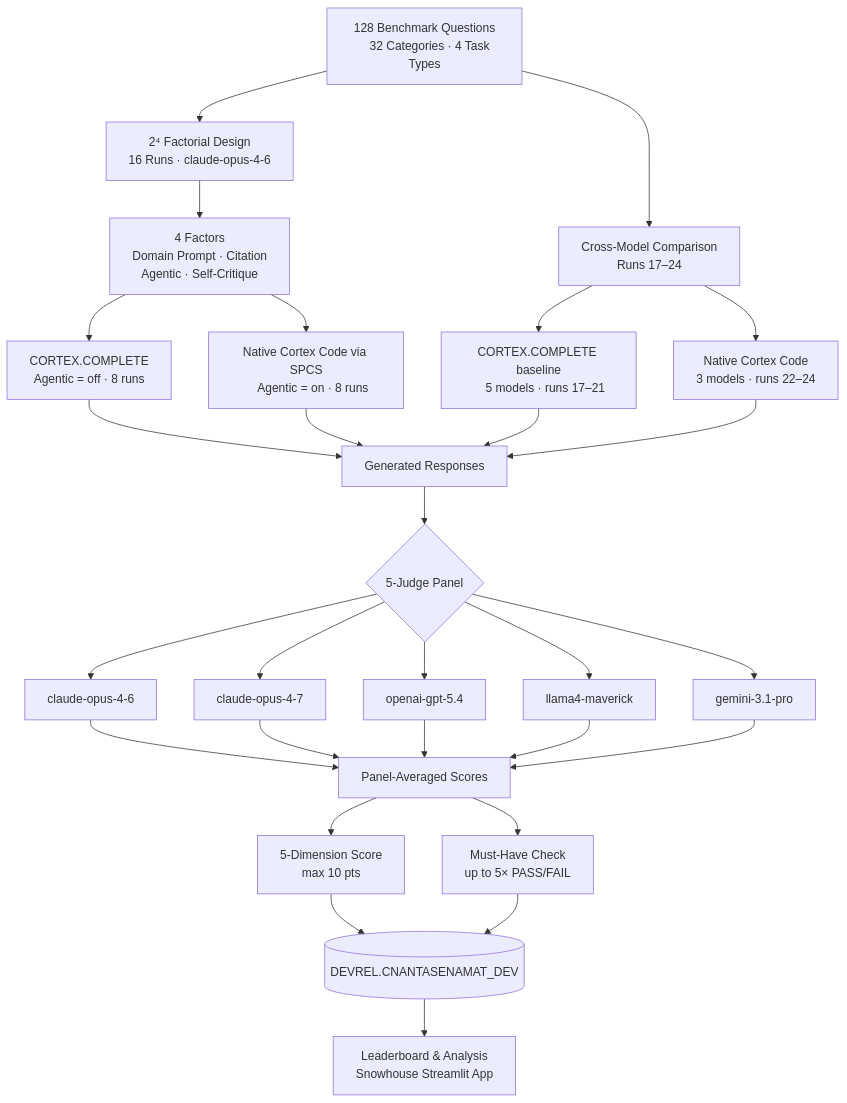
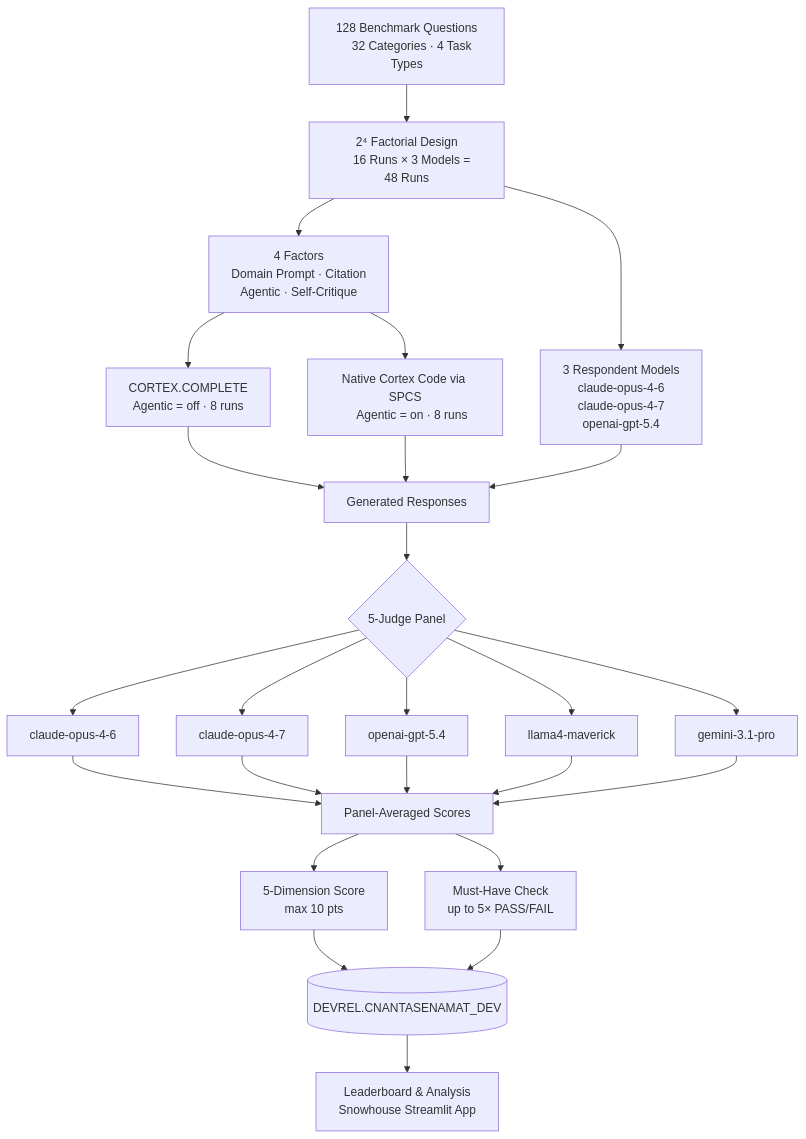
One commit to sfc-gh-cnantasenamat/aeo-methodology changed the diagram in README.md. Above: the diagram before and after it, drawn with Mermaid. The commit also changed other lines of this file, not shown here.

Commit message:
README: v3 design = 16 runs x 3 models (48 total), remove v2 cross-model baseline tables

````diff
--- a/README.md
+++ b/README.md
@@ -64,50 +46,47 @@
 ```mermaid
 flowchart TD
     A["128 Benchmark Questions
     32 Categories · 4 Task Types"] --> B["2⁴ Factorial Design
-    16 Runs · claude-opus-4-6"]
+    16 Runs × 3 Models = 48 Runs"]
 
     B --> B1["4 Factors
     Domain Prompt · Citation
     Agentic · Self-Critique"]
+
+    B --> M["3 Respondent Models
+    claude-opus-4-6
+    claude-opus-4-7
+    openai-gpt-5.4"]
 
     B1 --> E1["CORTEX.COMPLETE
     Agentic = off · 8 runs"]
     B1 --> E2["Native Cortex Code via SPCS
     Agentic = on · 8 runs"]
 
-    A --> CM["Cross-Model Comparison
-    Runs 17–24"]
-    CM --> CM1["CORTEX.COMPLETE baseline
-    5 models · runs 17–21"]
-    CM --> CM2["Native Cortex Code
-    3 models · runs 22–24"]
-
     E1 --> F[Generated Responses]
     E2 --> F
-    CM1 --> F
-    CM2 --> F
+    M --> F
 
     F --> G{5-Judge Panel}
     G --> G1[claude-opus-4-6]
     G --> G2[claude-opus-4-7]
     G --> G3[openai-gpt-5.4]
     G --> G4[llama4-maverick]
     G --> G5[gemini-3.1-pro]
 
     G1 --> H[Panel-Averaged Scores]
     G2 --> H
     G3 --> H
     G4 --> H
     G5 --> H
 
     H --> I["5-Dimension Score
     max 10 pts"]
     H --> J["Must-Have Check
     up to 5× PASS/FAIL"]
 
     I --> K[(DEVREL.CNANTASENAMAT_DEV)]
     J --> K
     K --> L["Leaderboard & Analysis
     Snowhouse Streamlit App"]
 ```
````
